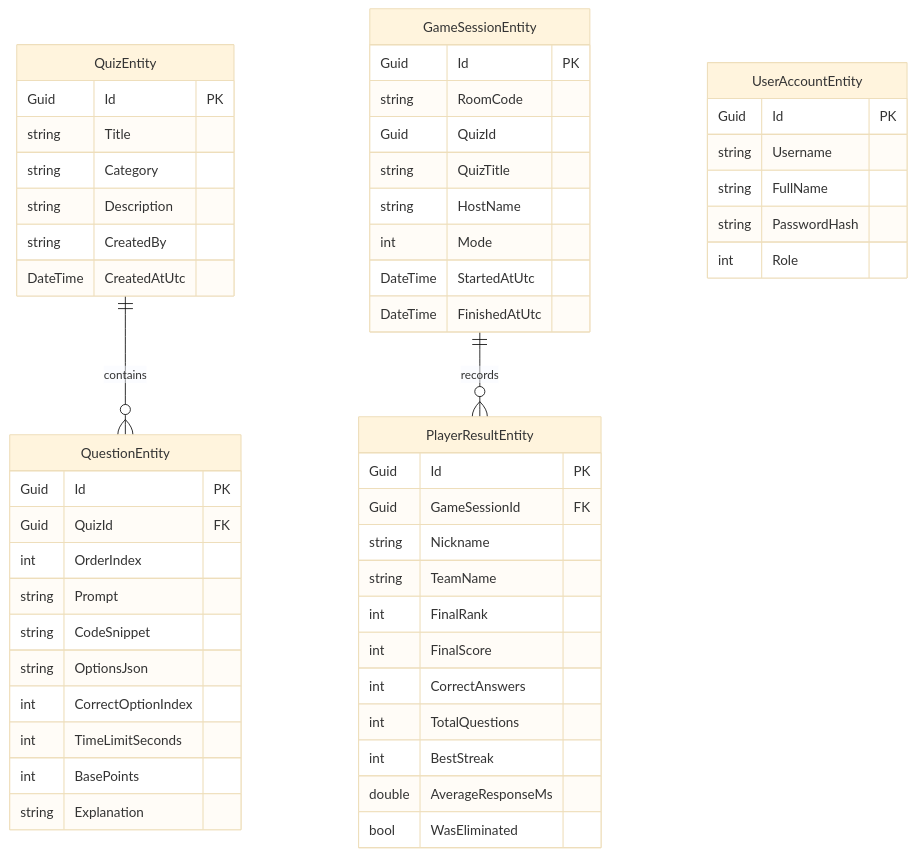
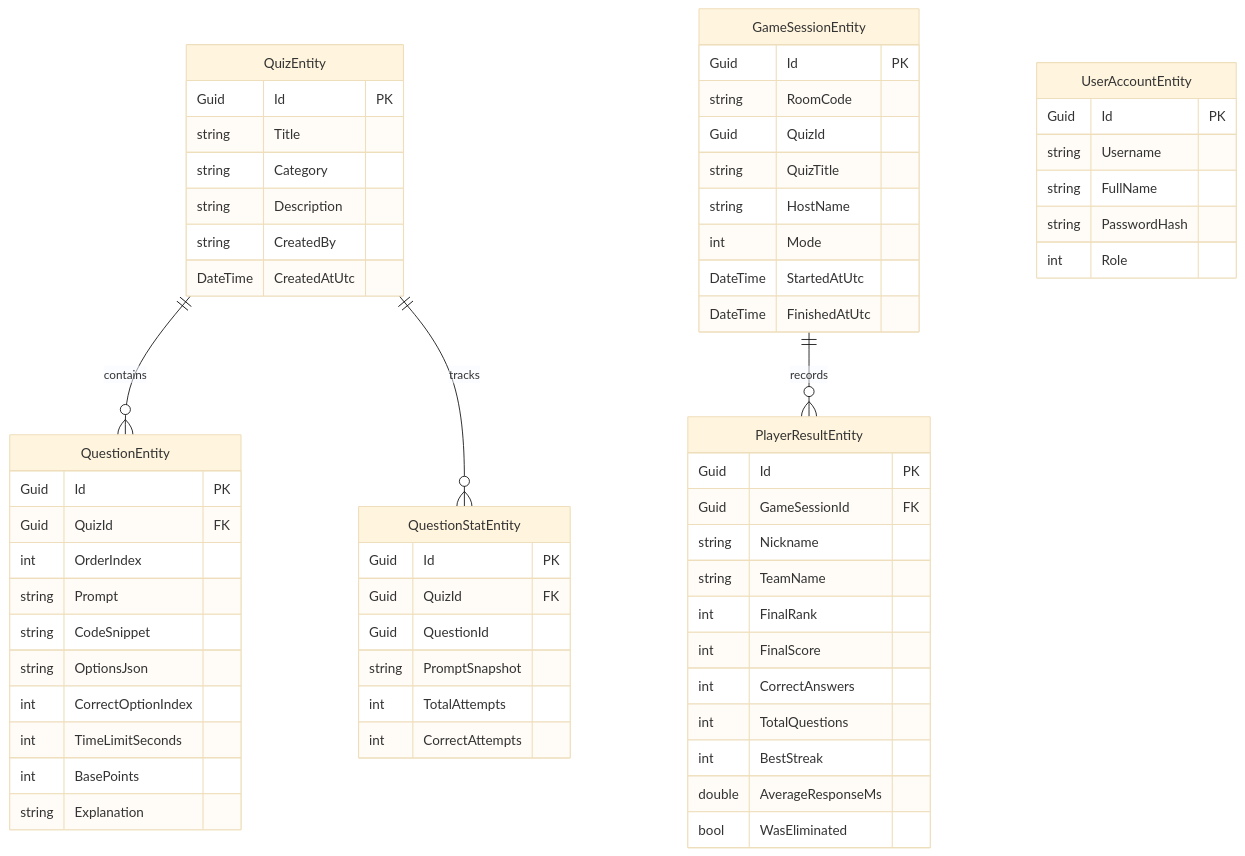
The third of 3 diagrams in README.md (tamerlanaitpayev1-netizen/IFP-FINAL), drawn with Mermaid (base theme) before and after one commit. The commit also changed other lines of this file and 5 other files, not shown here.

````diff
--- a/README.md
+++ b/README.md
@@ -99,55 +105,64 @@
 ```mermaid
 erDiagram
     QuizEntity ||--o{ QuestionEntity : contains
+    QuizEntity ||--o{ QuestionStatEntity : tracks
     GameSessionEntity ||--o{ PlayerResultEntity : records
     QuizEntity {
         Guid Id PK
         string Title
         string Category
         string Description
         string CreatedBy
         DateTime CreatedAtUtc
     }
     QuestionEntity {
         Guid Id PK
         Guid QuizId FK
         int OrderIndex
         string Prompt
         string CodeSnippet
         string OptionsJson
         int CorrectOptionIndex
         int TimeLimitSeconds
         int BasePoints
         string Explanation
+    }
+    QuestionStatEntity {
+        Guid Id PK
+        Guid QuizId FK
+        Guid QuestionId
+        string PromptSnapshot
+        int TotalAttempts
+        int CorrectAttempts
     }
     GameSessionEntity {
         Guid Id PK
         string RoomCode
         Guid QuizId
         string QuizTitle
         string HostName
         int Mode
         DateTime StartedAtUtc
         DateTime FinishedAtUtc
     }
     PlayerResultEntity {
         Guid Id PK
         Guid GameSessionId FK
         string Nickname
         string TeamName
         int FinalRank
         int FinalScore
         int CorrectAnswers
         int TotalQuestions
         int BestStreak
         double AverageResponseMs
         bool WasEliminated
     }
     UserAccountEntity {
         Guid Id PK
         string Username
         string FullName
         string PasswordHash
         int Role
     }
 ```
````
